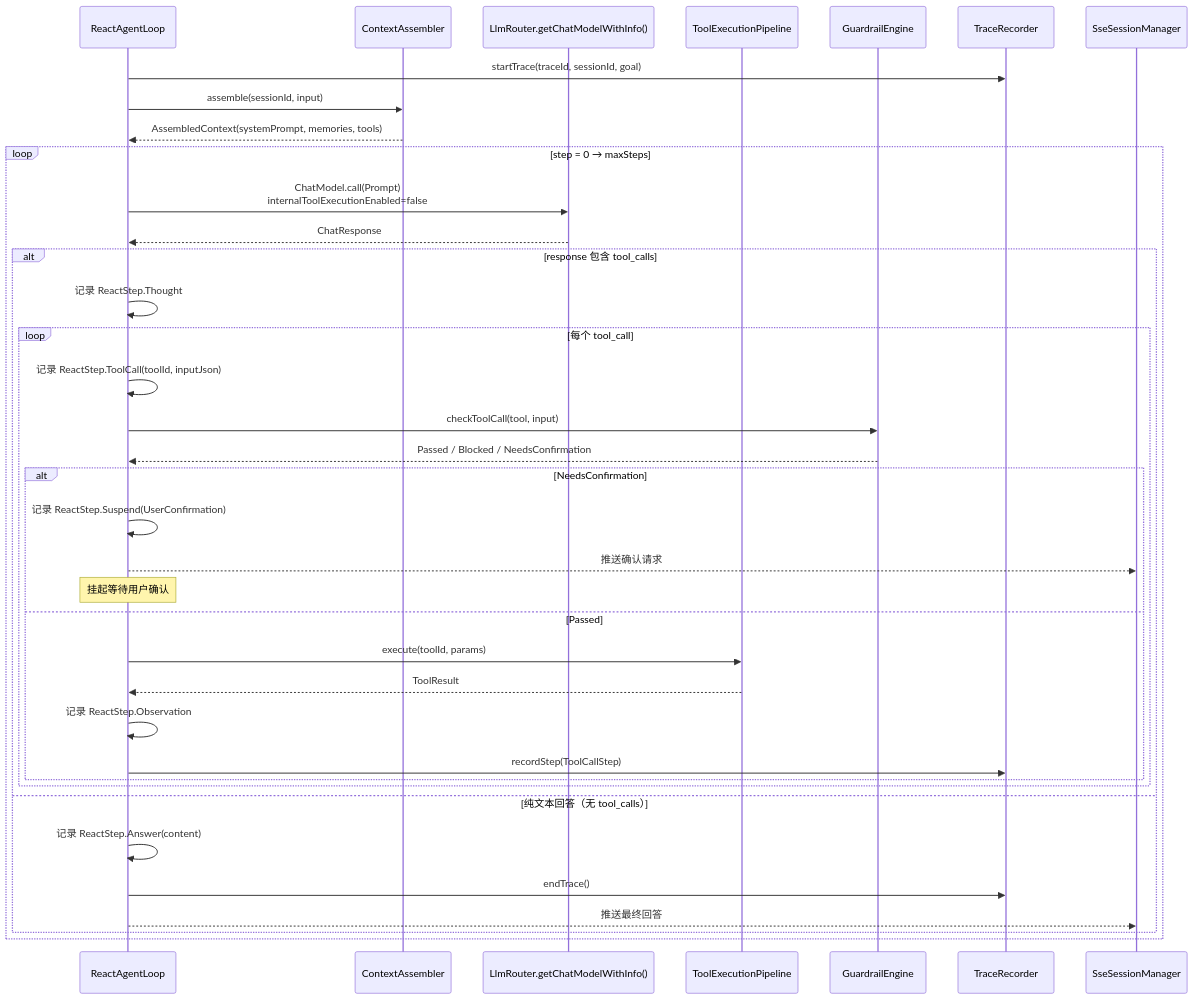
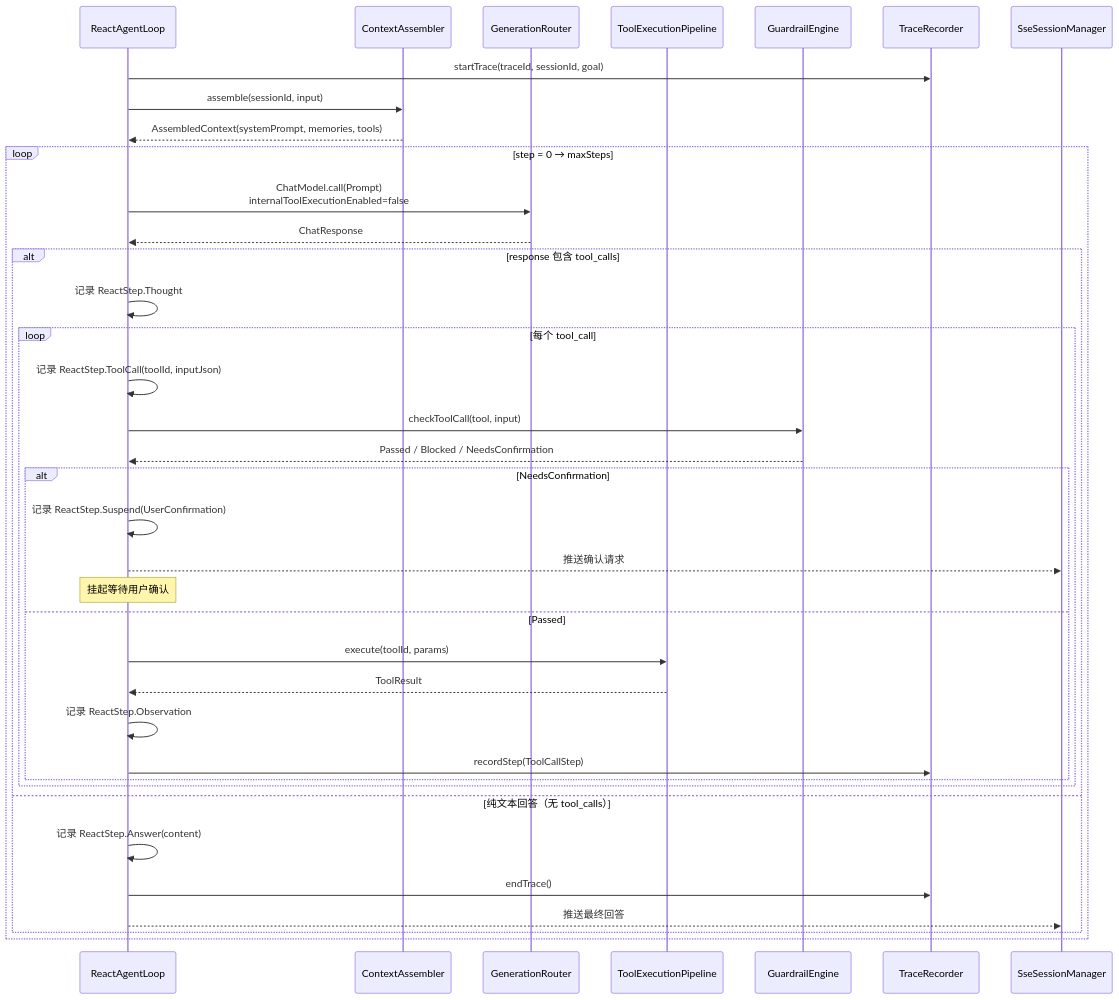
Diagram 14 of 35 in ARCHITECTURE-DIAGRAMS.md (ntygod/LifePilot), drawn with Mermaid before and after one commit. The commit also changed other lines of this file and 46 other files, not shown here.

````diff
--- a/ARCHITECTURE-DIAGRAMS.md
+++ b/ARCHITECTURE-DIAGRAMS.md
@@ -660,43 +658,43 @@
 ```mermaid
 sequenceDiagram
     participant Agent as ReactAgentLoop
     participant Ctx as ContextAssembler
-    participant LLM as LlmRouter.getChatModelWithInfo()
+    participant LLM as GenerationRouter
     participant Tool as ToolExecutionPipeline
     participant Guard as GuardrailEngine
     participant Trace as TraceRecorder
     participant SSE as SseSessionManager
 
     Agent->>Trace: startTrace(traceId, sessionId, goal)
     Agent->>Ctx: assemble(sessionId, input)
     Ctx-->>Agent: AssembledContext(systemPrompt, memories, tools)
 
     loop step = 0 → maxSteps
         Agent->>LLM: ChatModel.call(Prompt)<br/>internalToolExecutionEnabled=false
         LLM-->>Agent: ChatResponse
 
         alt response 包含 tool_calls
             Agent->>Agent: 记录 ReactStep.Thought
             loop 每个 tool_call
                 Agent->>Agent: 记录 ReactStep.ToolCall(toolId, inputJson)
                 Agent->>Guard: checkToolCall(tool, input)
                 Guard-->>Agent: Passed / Blocked / NeedsConfirmation
                 
                 alt NeedsConfirmation
                     Agent->>Agent: 记录 ReactStep.Suspend(UserConfirmation)
                     Agent-->>SSE: 推送确认请求
                     Note over Agent: 挂起等待用户确认
                 else Passed
                     Agent->>Tool: execute(toolId, params)
                     Tool-->>Agent: ToolResult
                     Agent->>Agent: 记录 ReactStep.Observation
                     Agent->>Trace: recordStep(ToolCallStep)
                 end
             end
         else 纯文本回答（无 tool_calls）
             Agent->>Agent: 记录 ReactStep.Answer(content)
             Agent->>Trace: endTrace()
             Agent-->>SSE: 推送最终回答
         end
     end
 ```
````
